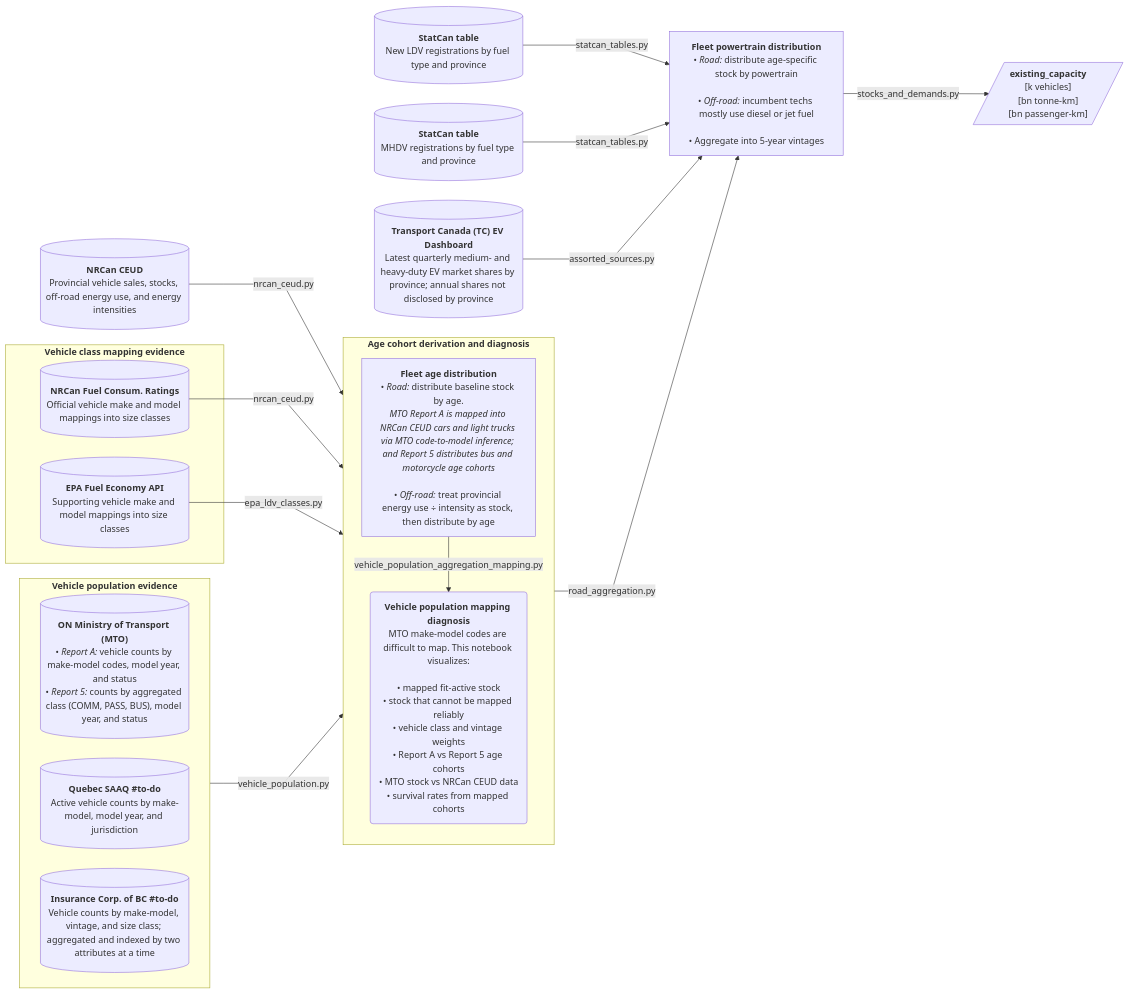
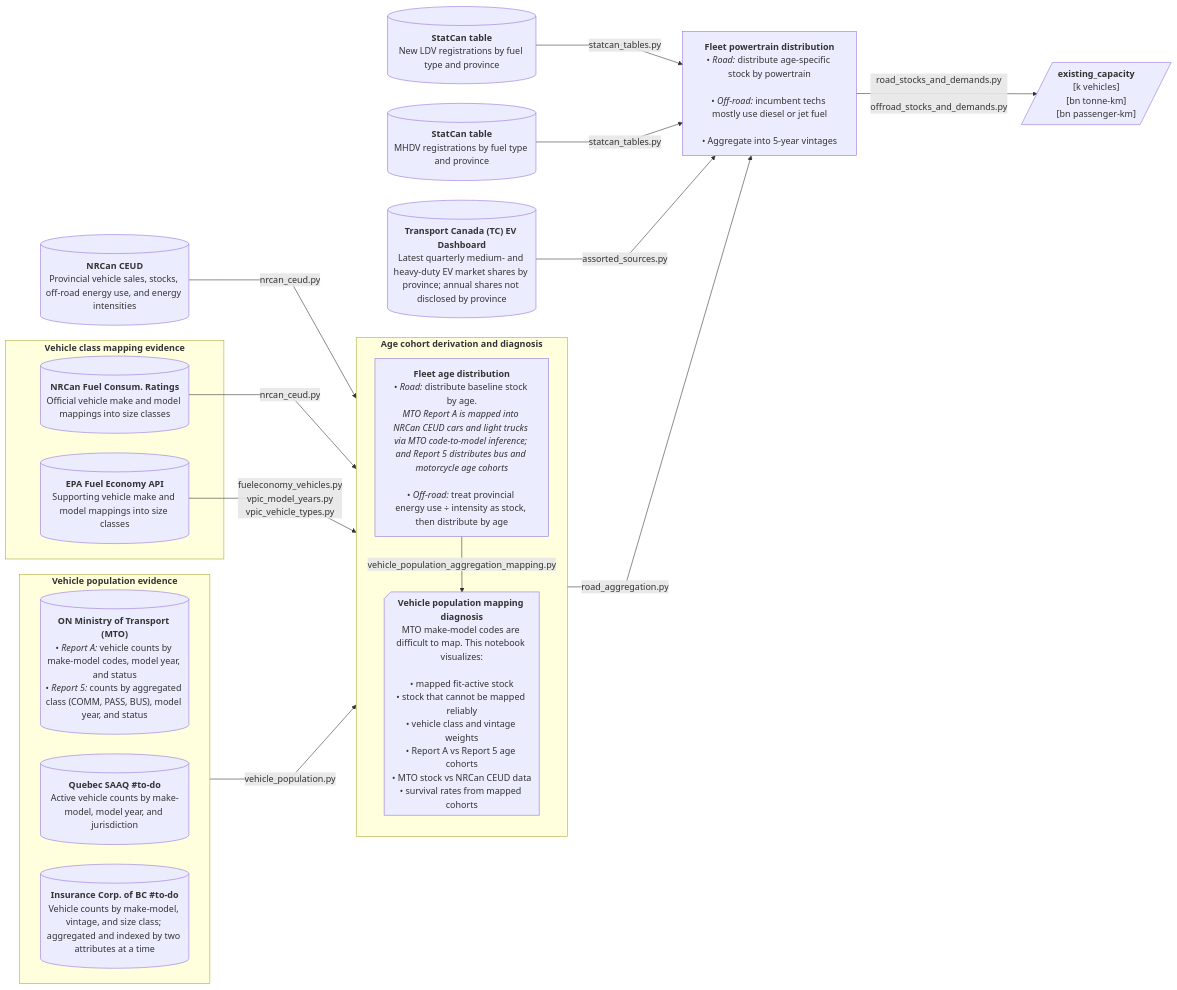
One commit to CANOE-main/canoe-transportation changed the second of 12 diagrams in docs/etl_flowcharts.md. Above: the diagram before and after it, drawn with Mermaid. The commit also changed other lines of this file and 34 other files, not shown here.

First line of the commit message:
Add road stocks and demands module with tests

```diff
--- a/docs/etl_flowcharts.md
+++ b/docs/etl_flowcharts.md
@@ -116,20 +118,22 @@
       *MTO Report A is mapped into NRCan CEUD cars and light trucks via MTO code-to-model inference; and Report 5 distributes bus and motorcycle age cohorts*<br>
       • *Off-road:* treat provincial energy use ÷ intensity as stock, then distribute by age`"]
 
-    p1_2("`**Vehicle population mapping diagnosis**`"
+    p1_2@{shape: notch-rect, label: "**Vehicle population mapping diagnosis**
       MTO make-model codes are difficult to map. This notebook visualizes:<br>
       • mapped fit-active stock
       • stock that cannot be mapped reliably
       • vehicle class and vintage weights
       • Report A vs Report 5 age cohorts
       • MTO stock vs NRCan CEUD data
-      • survival rates from mapped cohorts)
+      • survival rates from mapped cohorts"}
     p1 -- vehicle_population_aggregation_mapping.py --> p1_2
   end
   s0 -- nrcan_ceud.py --> age
   s1 -- vehicle_population.py --> age
   s1_2 -- nrcan_ceud.py --> age
-  s1_3 -- epa_ldv_classes.py --> age
+  s1_3 -- fueleconomy_vehicles.py
+  vpic_model_years.py
+  vpic_vehicle_types.py --> age
 
   p2["`**Fleet powertrain distribution**
     • *Road:* distribute age-specific stock by powertrain<br>
@@ -140,7 +144,8 @@
   s5 -- statcan_tables.py --> p2
   s6 -- assorted_sources.py --> p2
 
-  p2 -- stocks_and_demands.py --> o1[/"`**existing_capacity**
+  p2 -- road_stocks_and_demands.py
+  offroad_stocks_and_demands.py --> o1[/"`**existing_capacity**
     [k vehicles]
     [bn tonne-km]
     [bn passenger-km]`"/]
```
